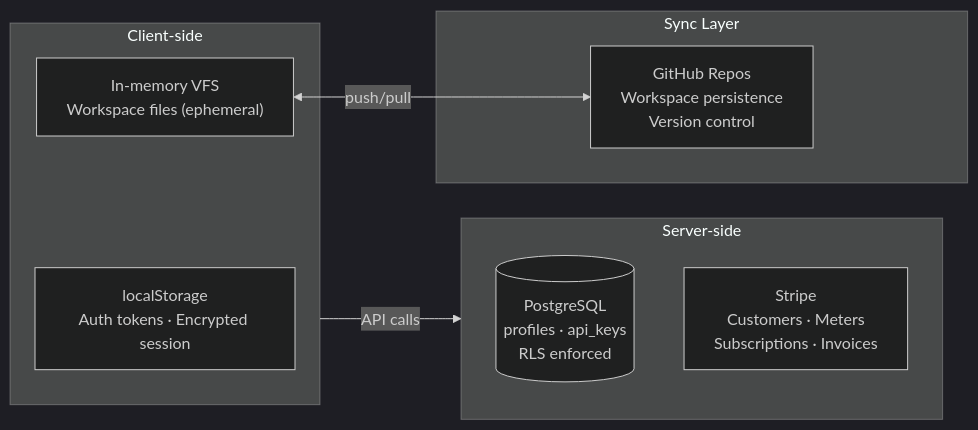
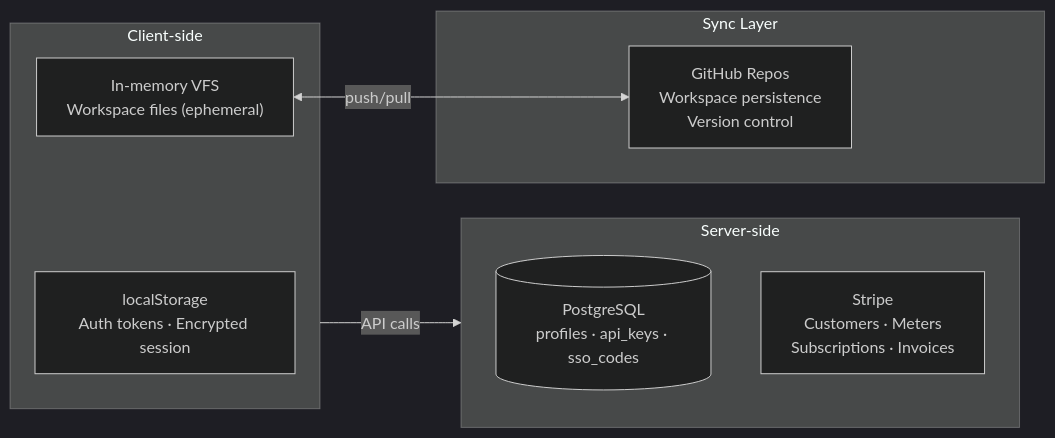
One commit to lmthing/lmthing changed the sixth of 6 diagrams in CLAUDE.md. Above: the diagram before and after it, drawn with Mermaid (dark theme). The commit also changed other lines of this file and 3 other files, not shown here.

````diff
--- a/CLAUDE.md
+++ b/CLAUDE.md
@@ -410,19 +413,19 @@
 ```mermaid
 graph LR
     subgraph Client["Client-side"]
         LocalStorage["localStorage<br/>Auth tokens · Encrypted session"]
         InMemory["In-memory VFS<br/>Workspace files (ephemeral)"]
     end
 
     subgraph Server["Server-side"]
-        Postgres[("PostgreSQL<br/>profiles · api_keys<br/>RLS enforced")]
+        Postgres[("PostgreSQL<br/>profiles · api_keys · sso_codes")]
         StripeBilling["Stripe<br/>Customers · Meters<br/>Subscriptions · Invoices"]
     end
 
     subgraph Sync["Sync Layer"]
         GitHubRepo["GitHub Repos<br/>Workspace persistence<br/>Version control"]
     end
 
     InMemory <-- "push/pull" --> GitHubRepo
     Client -- "API calls" --> Server
 ```
````
